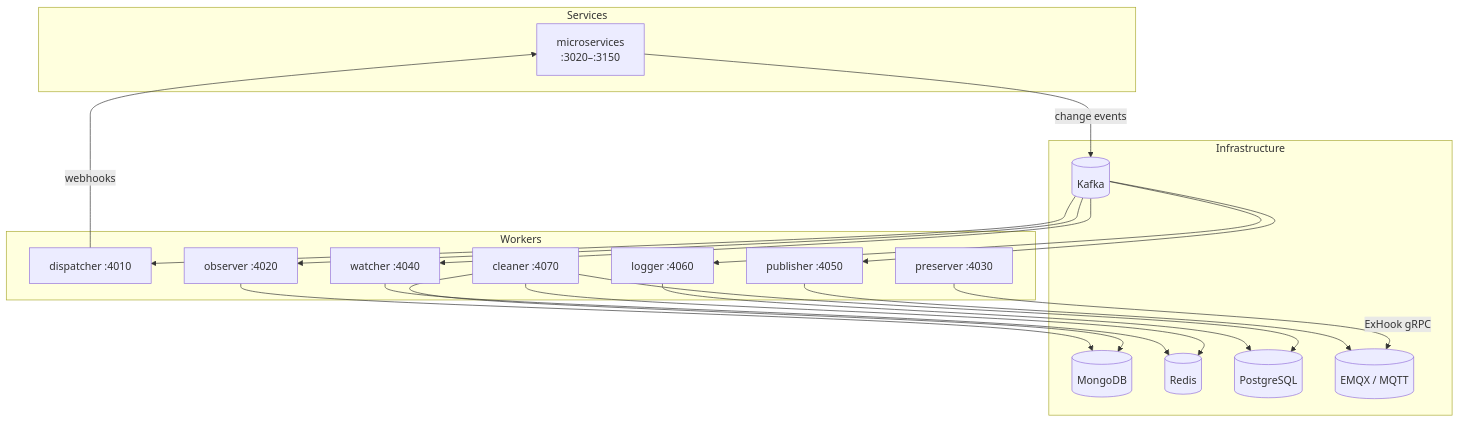
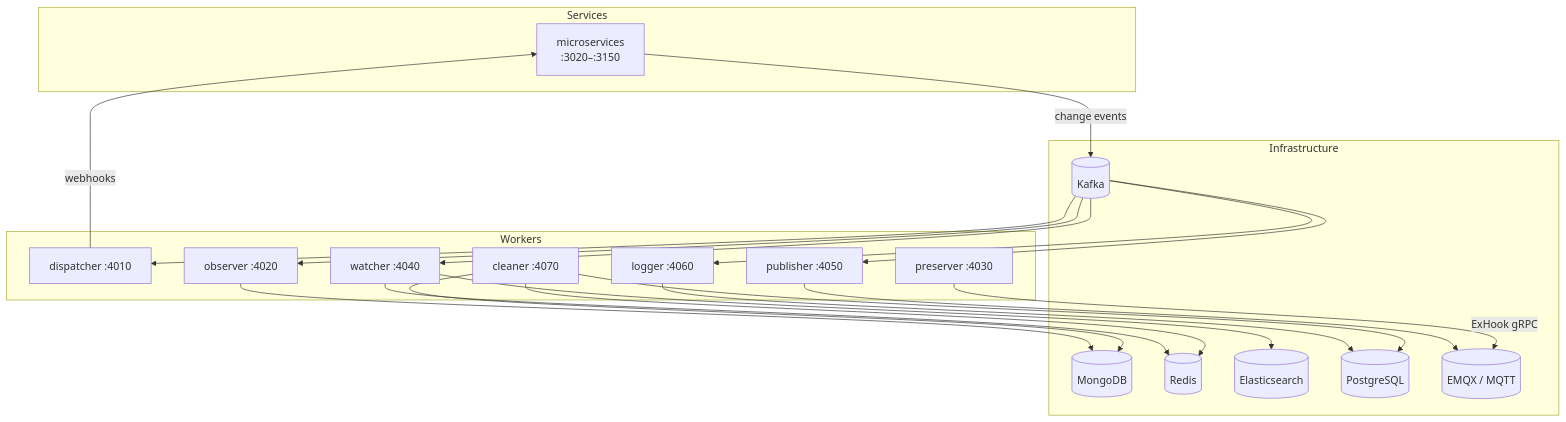
One commit to wenex-org/platform-docs changed the diagram in getting-started/workers/index.md. Above: the diagram before and after it, drawn with Mermaid. The commit also changed other lines of this file and 22 other files, not shown here.

````diff
--- a/getting-started/workers/index.md
+++ b/getting-started/workers/index.md
@@ -12,40 +12,41 @@
 ```mermaid
 graph TD
     accTitle: Workers overview
-    accDescr: Microservices publish change events to Kafka for the dispatcher, observer, watcher, publisher and logger workers, which write to webhooks, MongoDB, Redis, EMQX and PostgreSQL. The preserver serves EMQX over gRPC and the cleaner purges MongoDB, PostgreSQL and Redis.
+    accDescr: Microservices publish change events to Kafka for the dispatcher, observer, watcher, publisher and logger workers, which write to webhooks, MongoDB, Redis, Elasticsearch, EMQX and PostgreSQL. The preserver serves EMQX over gRPC and the cleaner purges MongoDB, PostgreSQL and Redis.
     subgraph Services
         SVC["microservices\n:3020–:3150"]
     end
 
     subgraph Infrastructure
         KAFKA[(Kafka)]
         MONGO[(MongoDB)]
         REDIS[(Redis)]
+        ES[(Elasticsearch)]
         PG[(PostgreSQL)]
         EMQX[(EMQX / MQTT)]
     end
 
     subgraph Workers
         DISP["dispatcher :4010"]
         OBS["observer :4020"]
         PRES["preserver :4030"]
         WATCH["watcher :4040"]
         PUB["publisher :4050"]
         LOGG["logger :4060"]
         CLN["cleaner :4070"]
     end
 
     SVC -->|change events| KAFKA
     KAFKA --> DISP
     KAFKA --> OBS
     KAFKA --> WATCH
     KAFKA --> PUB
     KAFKA --> LOGG
     DISP -->|webhooks| SVC
     OBS --> MONGO
-    WATCH --> REDIS
+    WATCH --> REDIS & ES
     PUB --> EMQX
     LOGG --> PG
     PRES -->|ExHook gRPC| EMQX
     CLN --> MONGO & PG & REDIS
 ```
````
